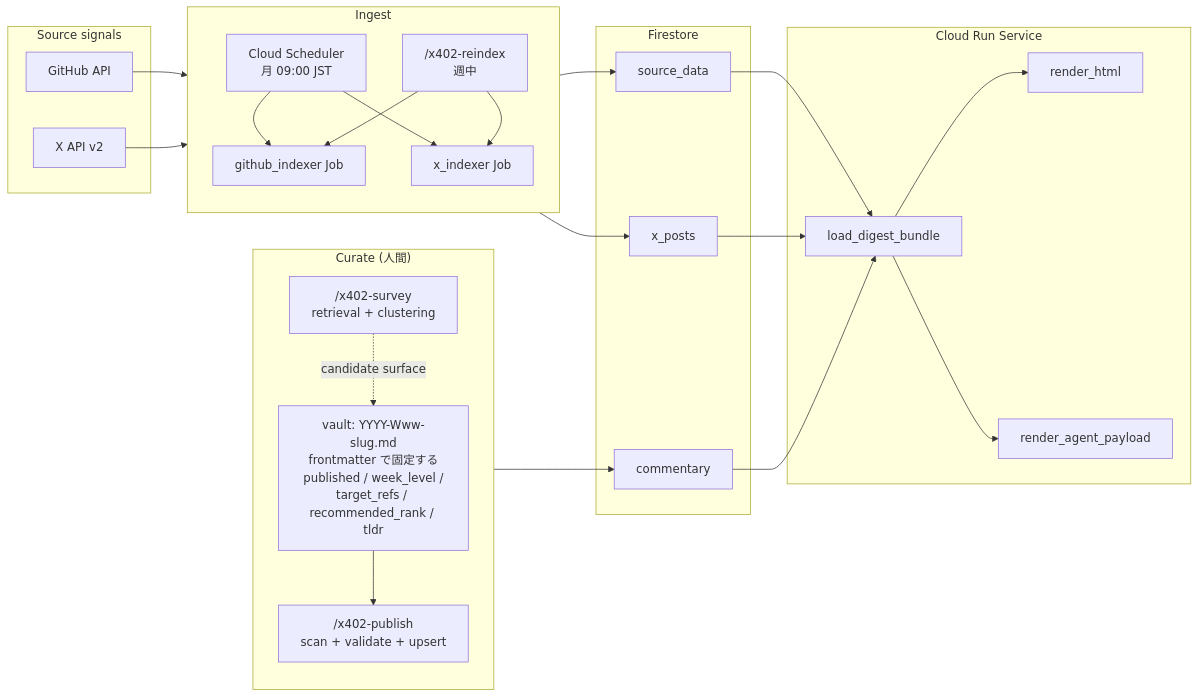
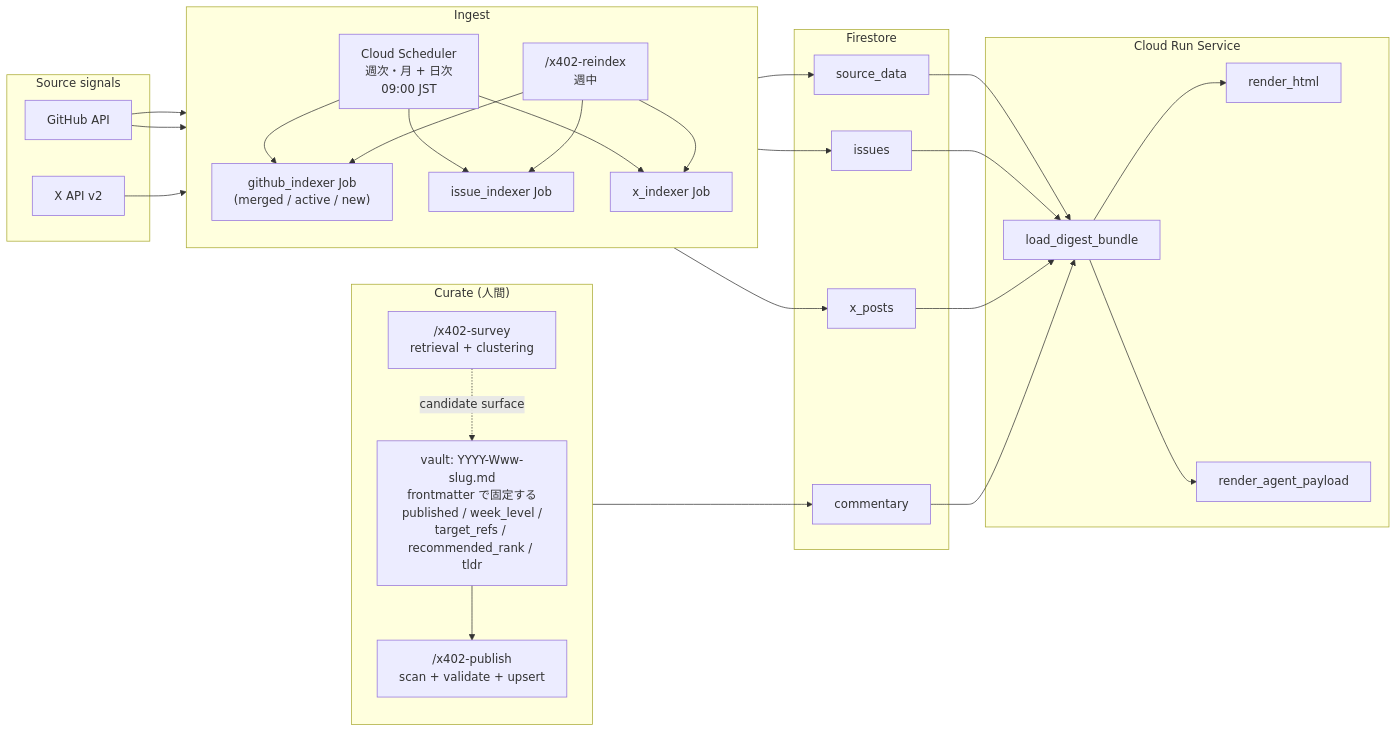
The third of 5 diagrams in docs/architecture.ja.md (shuhei0866/x402-cms), drawn with Mermaid before and after one commit. The commit also changed other lines of this file and 3 other files, not shown here.

First line of the commit message:
docs: refresh README + architecture to the shipped state

````diff
--- a/docs/architecture.ja.md
+++ b/docs/architecture.ja.md
@@ -142,50 +162,56 @@
 ```mermaid
 flowchart LR
   subgraph Src["Source signals"]
     GH["GitHub API"]
     XAPI["X API v2"]
   end
 
   subgraph Ingest["Ingest"]
     direction TB
-    Cron["Cloud Scheduler<br/>月 09:00 JST"]
+    Cron["Cloud Scheduler<br/>週次・月 + 日次<br/>09:00 JST"]
     Manual["/x402-reindex<br/>週中"]
-    GHJob["github_indexer Job"]
+    GHJob["github_indexer Job<br/>(merged / active / new)"]
+    IssJob["issue_indexer Job"]
     XJob["x_indexer Job"]
     Cron --> GHJob
+    Cron --> IssJob
     Cron --> XJob
     Manual --> GHJob
+    Manual --> IssJob
     Manual --> XJob
   end
 
   subgraph Curate["Curate (人間)"]
     direction TB
     Survey["/x402-survey<br/>retrieval + clustering"]
     Vault["vault: YYYY-Www-slug.md<br/>frontmatter で固定する<br/>published / week_level /<br/>target_refs / recommended_rank / tldr"]
     PubSkill["/x402-publish<br/>scan + validate + upsert"]
     Survey -.->|"candidate surface"| Vault
     Vault --> PubSkill
   end
 
   subgraph FS["Firestore"]
     Srcd["source_data"]
+    Iss["issues"]
     Xp["x_posts"]
     Cm["commentary"]
   end
 
   subgraph Serve["Cloud Run Service"]
     Bundle["load_digest_bundle"]
     HTML["render_html"]
     JSON["render_agent_payload"]
   end
 
   GH --> GHJob --> Srcd
+  GH --> IssJob --> Iss
   XAPI --> XJob --> Xp
   PubSkill --> Cm
 
   Srcd --> Bundle
+  Iss --> Bundle
   Xp --> Bundle
   Cm --> Bundle
   Bundle --> HTML
   Bundle --> JSON
 ```
````
